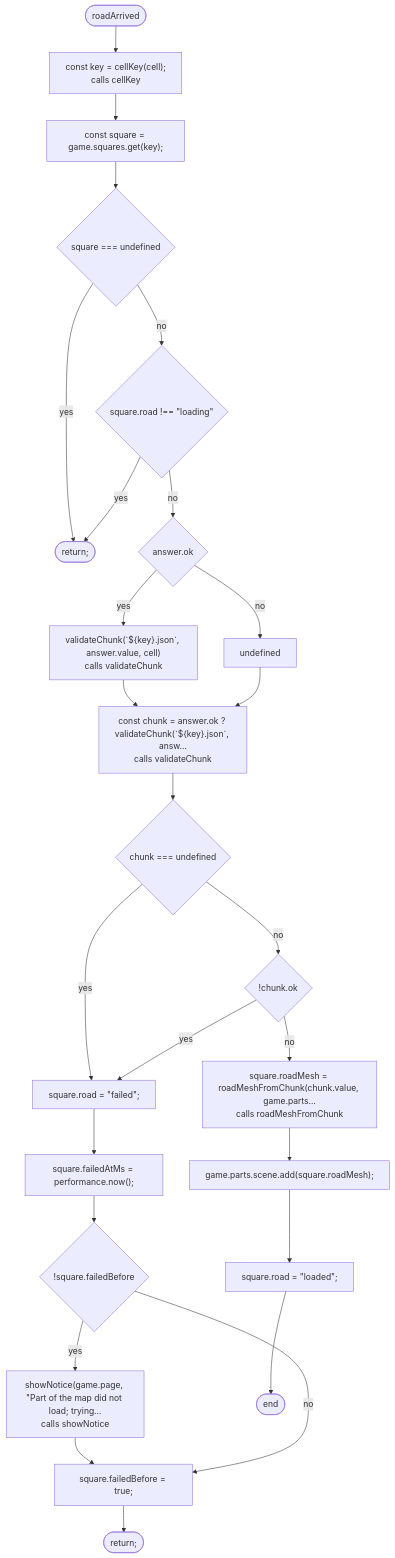
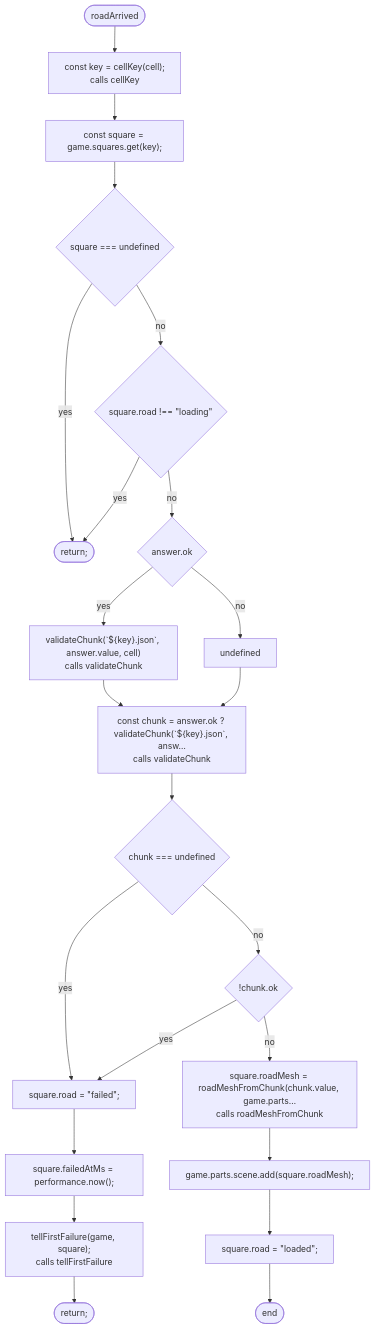
One commit to NewDara-Star/world-engine changed the sixth of 10 diagrams in docs/flows/src/game/streaming.md. Above: the diagram before and after it, drawn with Mermaid. The commit also changed other lines of this file and 306 other files, not shown here.

````diff
--- a/docs/flows/src/game/streaming.md
+++ b/docs/flows/src/game/streaming.md
@@ -82,50 +133,45 @@
 ```mermaid
 flowchart TD
   n1(["roadArrived"])
   n2["const key = cellKey(cell);<br/>calls cellKey"]
   n3["const square = game.squares.get(key);"]
   n4{"square === undefined"}
   n5{"square.road !== #quot;loading#quot;"}
   n6(["return;"])
   n7{"answer.ok"}
   n8["validateChunk(#96;${key}.json#96;, answer.value, cell)<br/>calls validateChunk"]
   n9["undefined"]
   n10["const chunk = answer.ok ? validateChunk(#96;${key}.json#96;, answ…<br/>calls validateChunk"]
   n11{"chunk === undefined"}
   n12{"!chunk.ok"}
   n13["square.road = #quot;failed#quot;;"]
   n14["square.failedAtMs = performance.now();"]
-  n15{"!square.failedBefore"}
-  n16["showNotice(game.page, #quot;Part of the map did not load; trying…<br/>calls showNotice"]
-  n17["square.failedBefore = true;"]
-  n18(["return;"])
-  n19["square.roadMesh = roadMeshFromChunk(chunk.value, game.parts…<br/>calls roadMeshFromChunk"]
-  n20["game.parts.scene.add(square.roadMesh);"]
-  n21["square.road = #quot;loaded#quot;;"]
-  n22(["end"])
+  n15["tellFirstFailure(game, square);<br/>calls tellFirstFailure"]
+  n16(["return;"])
+  n17["square.roadMesh = roadMeshFromChunk(chunk.value, game.parts…<br/>calls roadMeshFromChunk"]
+  n18["game.parts.scene.add(square.roadMesh);"]
+  n19["square.road = #quot;loaded#quot;;"]
+  n20(["end"])
   n1 --> n2
   n2 --> n3
   n3 --> n4
   n4 -->|"no"| n5
   n4 -->|"yes"| n6
   n5 -->|"yes"| n6
   n5 -->|"no"| n7
   n7 -->|"yes"| n8
   n7 -->|"no"| n9
   n8 --> n10
   n9 --> n10
   n10 --> n11
   n11 -->|"no"| n12
   n11 -->|"yes"| n13
   n12 -->|"yes"| n13
   n13 --> n14
   n14 --> n15
-  n15 -->|"yes"| n16
-  n16 --> n17
-  n15 -->|"no"| n17
+  n15 --> n16
+  n12 -->|"no"| n17
   n17 --> n18
-  n12 -->|"no"| n19
+  n18 --> n19
   n19 --> n20
-  n20 --> n21
-  n21 --> n22
 ```
````
